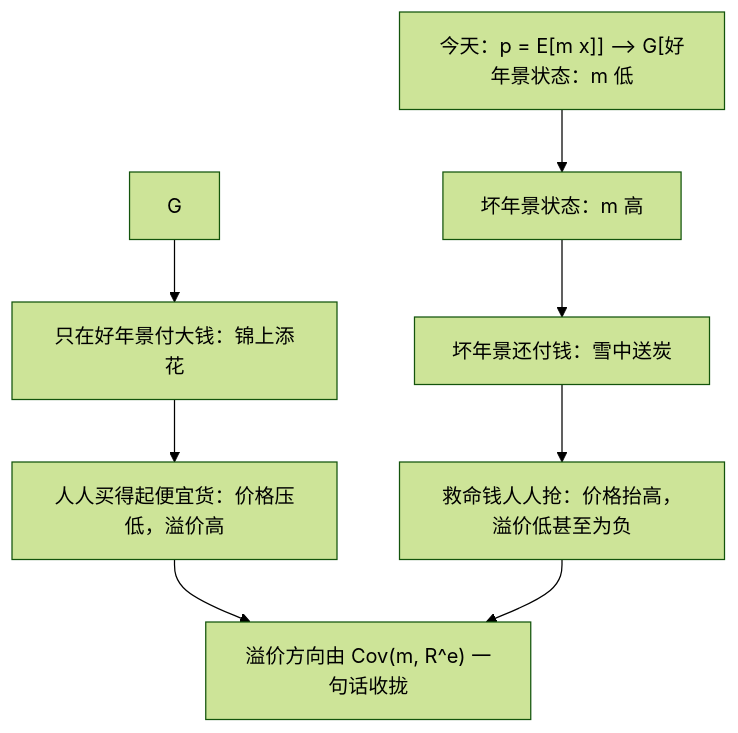
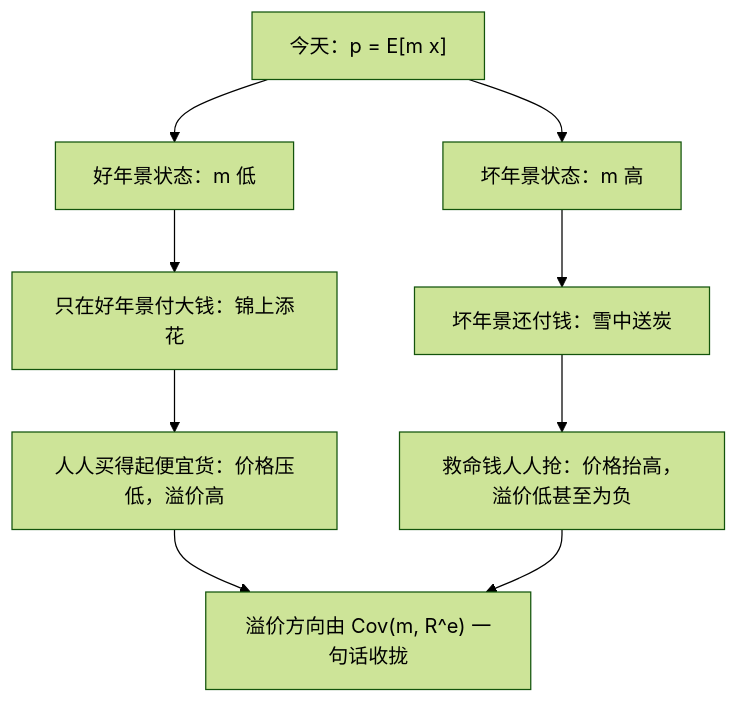
Before and after one commit to xhongduo-tech/xhongduo-tech.github.io: the second of 2 diagrams in docs/econ/stochastic-discount-factor.md, drawn with Mermaid (forest theme). The commit also changed other lines of this file and 3 other files, not shown here.

````diff
--- a/docs/econ/stochastic-discount-factor.md
+++ b/docs/econ/stochastic-discount-factor.md
@@ -63,11 +63,11 @@
 ```mermaid
 flowchart TD
-  T0["今天：p = E[m x]] --> G[好年景状态：m 低"]
+  T0["今天：p = E[m x]"] --> G["好年景状态：m 低"]
   T0 --> B["坏年景状态：m 高"]
   G --> GA["只在好年景付大钱：锦上添花"]
   B --> BA["坏年景还付钱：雪中送炭"]
   GA --> PA["人人买得起便宜货：价格压低，溢价高"]
   BA --> PB["救命钱人人抢：价格抬高，溢价低甚至为负"]
   PA --> SUM["溢价方向由 Cov(m, R^e) 一句话收拢"]
   PB --> SUM
 ```
````
